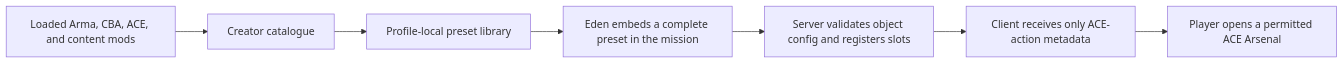
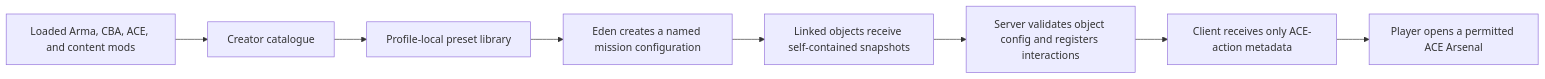
One commit to Black-Ops-2-543/Arma3_ACE_Arsenal_Creation_Tool changed the diagram in docs/IMPLEMENTATION_WIKI.md. Above: the diagram before and after it, drawn with Mermaid. The commit also changed other lines of this file and 8 other files, not shown here.

````diff
--- a/docs/IMPLEMENTATION_WIKI.md
+++ b/docs/IMPLEMENTATION_WIKI.md
@@ -43,9 +46,10 @@
 ```mermaid
 flowchart LR
     A[Loaded Arma, CBA, ACE, and content mods] --> B[Creator catalogue]
     B --> C[Profile-local preset library]
-    C --> D[Eden embeds a complete preset in the mission]
-    D --> E[Server validates object config and registers slots]
-    E --> F[Client receives only ACE-action metadata]
-    F --> G[Player opens a permitted ACE Arsenal]
+    C --> D[Eden creates a named mission configuration]
+    D --> E[Linked objects receive self-contained snapshots]
+    E --> F[Server validates object config and registers interactions]
+    F --> G[Client receives only ACE-action metadata]
+    G --> H[Player opens a permitted ACE Arsenal]
 ```
````
